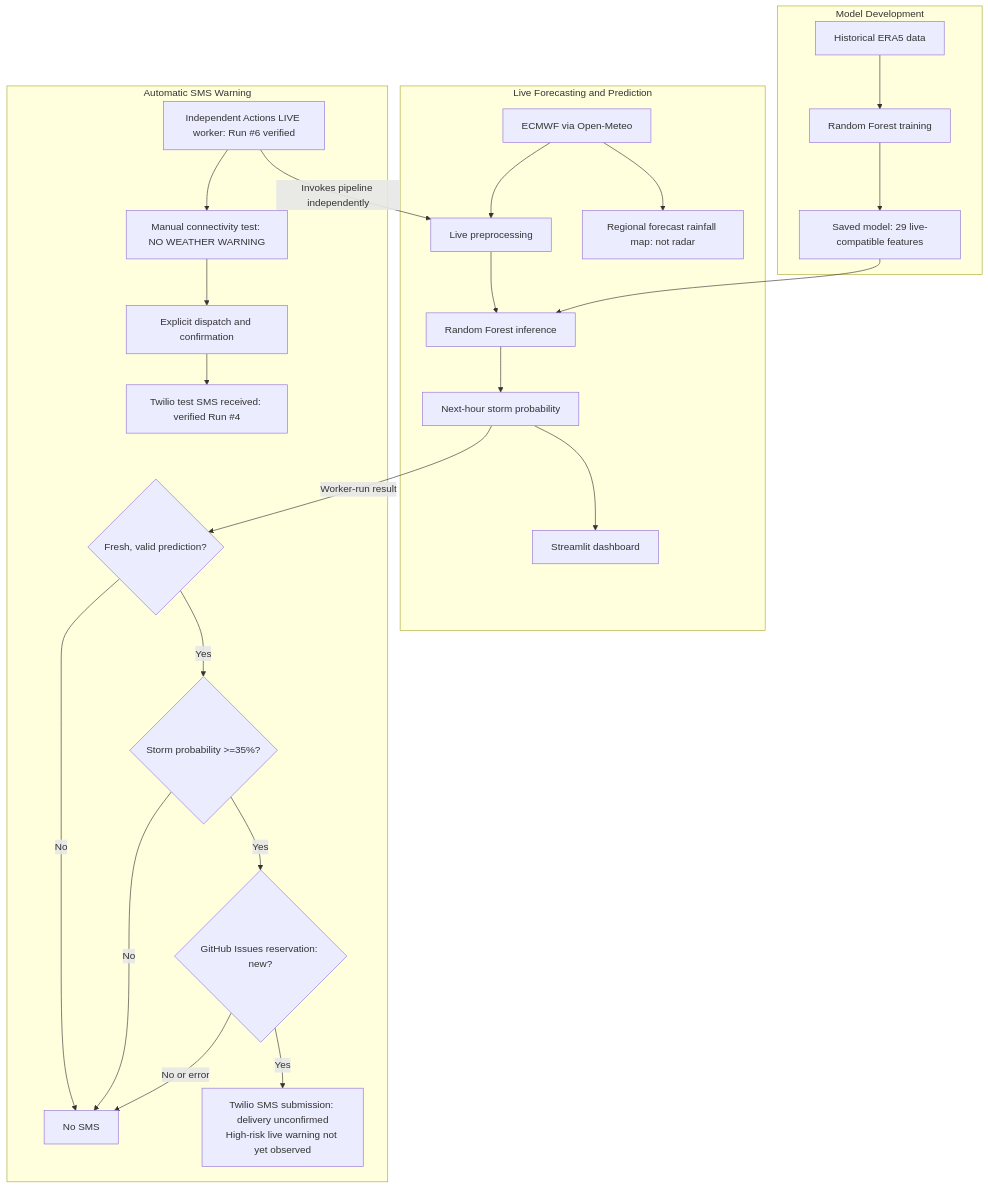
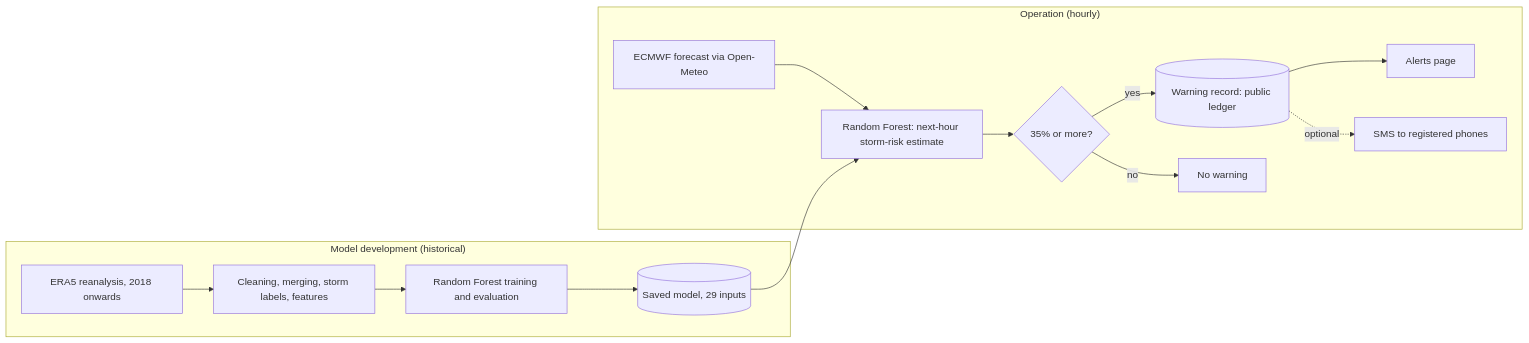
The diagram in README.md (mdvar2/matatiele-storm-early-warning-system), drawn with Mermaid before and after one commit. The commit also changed other lines of this file and 81 other files, not shown here.

````diff
--- a/README.md
+++ b/README.md
@@ -35,32 +30,15 @@
 ```mermaid
-flowchart TB
-    subgraph Development["Model Development"]
-        ERA5["Historical ERA5 data"] --> TRAIN["Random Forest training"]
-        TRAIN --> MODEL["Saved model: 29 live-compatible features"]
-    end
-
-    subgraph Forecasting["Live Forecasting and Prediction"]
-        ECMWF["ECMWF via Open-Meteo"] --> PREP["Live preprocessing"]
-        PREP --> RF["Random Forest inference"]
-        RF --> PROB["Next-hour storm probability"]
-        PROB --> DASH["Streamlit dashboard"]
-        ECMWF --> MAP["Regional forecast rainfall map: not radar"]
-    end
+flowchart LR
+  subgraph Development["Model development (historical)"]
+    ERA5[ERA5 reanalysis, 2018 onwards] --> PRE[Cleaning, merging, storm labels, features] --> TRAIN[Random Forest training and evaluation] --> MODEL[(Saved model, 29 inputs)]
+  end
+  subgraph Operation["Operation (hourly)"]
+    OM[ECMWF forecast via Open-Meteo] --> RF[Random Forest: next-hour storm-risk estimate]
     MODEL --> RF
-
-    subgraph SMS["Automatic SMS Warning"]
-        WORKER["Independent Actions LIVE worker: Run #6 verified"]
-        WORKER --> TEST["Manual connectivity test: NO WEATHER WARNING"]
-        TEST --> AUTH["Explicit dispatch and confirmation"]
-        AUTH --> RECEIVED["Twilio test SMS received: verified Run #4"]
-        VALID{"Fresh, valid prediction?"}
-        VALID -->|Yes| THRESHOLD{"Storm probability >=35%?"}
-        VALID -->|No| NONE["No SMS"]
-        THRESHOLD -->|No| NONE
-        THRESHOLD -->|Yes| RESERVE{"GitHub Issues reservation: new?"}
-        RESERVE -->|No or error| NONE
-        RESERVE -->|Yes| TWILIO["Twilio SMS submission: delivery unconfirmed<br/>High-risk live warning not yet observed"]
-    end
-    WORKER -->|Invokes pipeline independently| PREP
-    PROB -->|Worker-run result| VALID
+    RF --> DEC{35% or more?}
+    DEC -- yes --> REC[(Warning record: public ledger)]
+    REC --> ALERTS[Alerts page]
+    REC -. optional .-> SMS[SMS to registered phones]
+    DEC -- no --> NONE[No warning]
+  end
 ```
````
